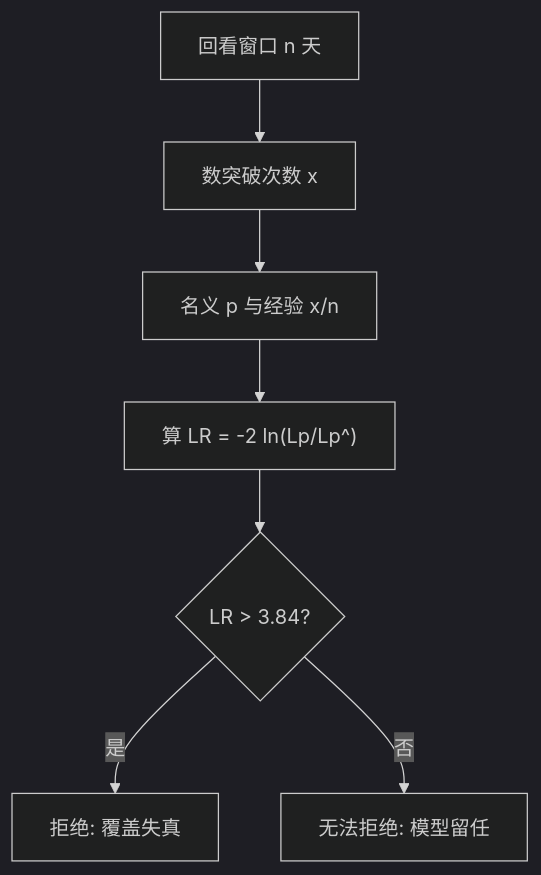
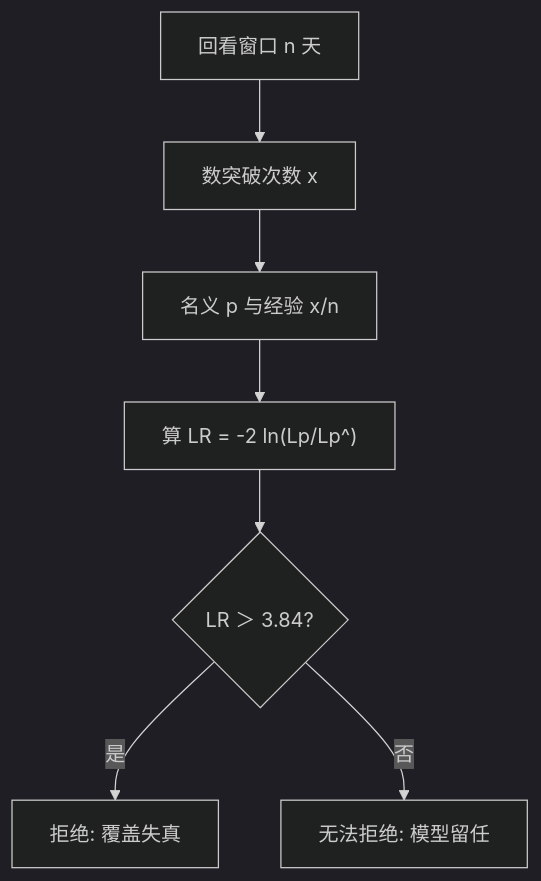
Before and after one commit to xhongduo-tech/xhongduo-tech.github.io: the first of 2 diagrams in docs/quant/kupiec-backtest.md, drawn with Mermaid (dark theme). The commit also changed other lines of this file and 291 other files, not shown here.

Commit message:
Normalize lesson titles to tree names and repair mermaid arrow/quote syntax site-wide.

````diff
--- a/docs/quant/kupiec-backtest.md
+++ b/docs/quant/kupiec-backtest.md
@@ -28,9 +28,9 @@
 ```mermaid
 flowchart TD
   A["回看窗口 n 天"] --> B["数突破次数 x"]
   B --> C["名义 p 与经验 x/n"]
   C --> D["算 LR = -2 ln(Lp/Lp^)"]
-  D --> E{"LR > 3.84?"}
+  D --> E{"LR ＞ 3.84?"}
   E -->|"是"| F["拒绝: 覆盖失真"]
   E -->|"否"| G["无法拒绝: 模型留任"]
 ```
````
